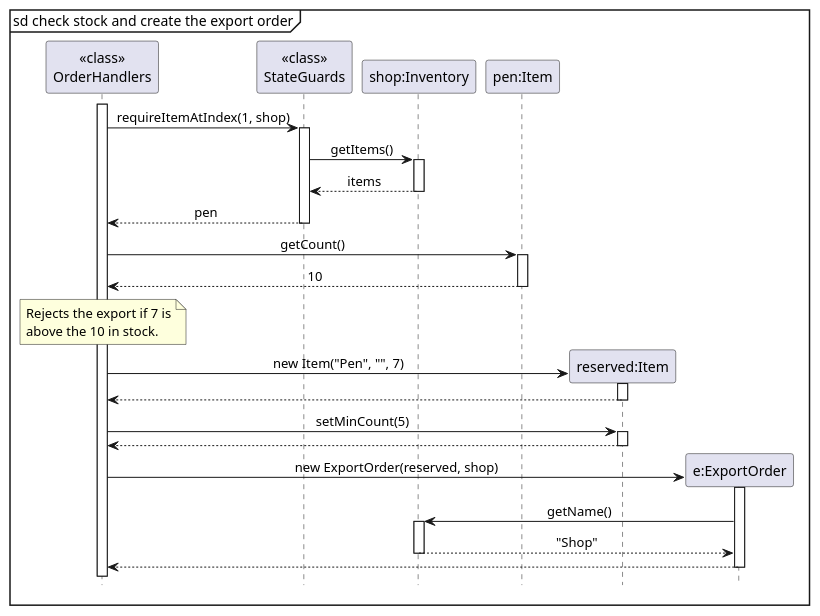
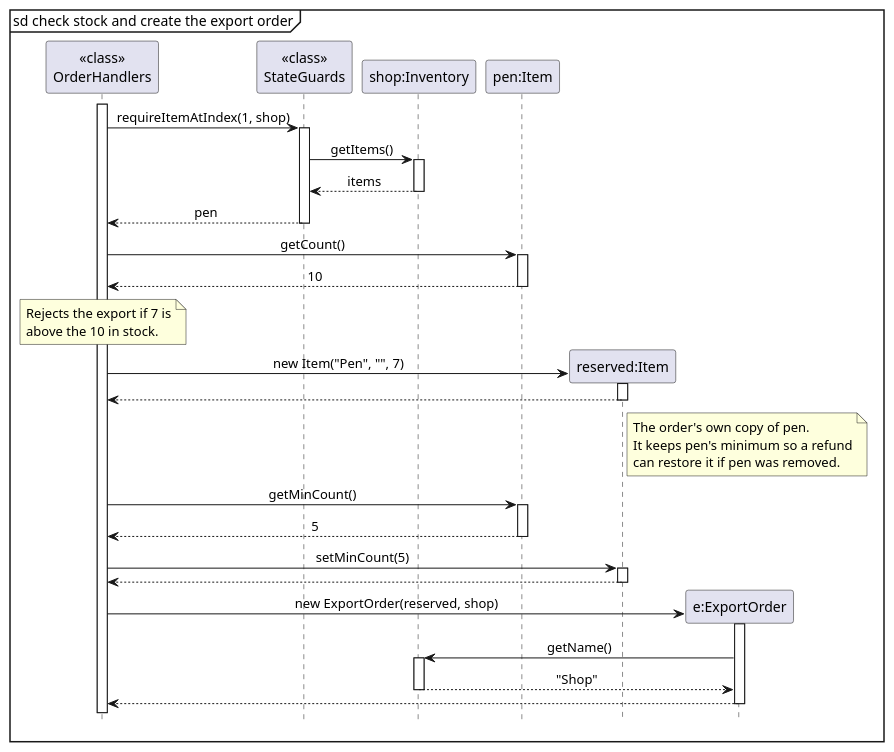
One commit to AY2627S1-CS2113-W14-4/tp changed the diagram in docs/diagrams/ExportReserveSequence.puml. Above: the diagram before and after it, drawn with PlantUML. The commit also changed 1 other file, not shown here.

Commit message:
Show where the reserved item's minimum comes from

```diff
--- a/docs/diagrams/ExportReserveSequence.puml
+++ b/docs/diagrams/ExportReserveSequence.puml
@@ -1,49 +1,58 @@
 @startuml
 hide footbox
 skinparam sequenceMessageAlign center
 mainframe sd check stock and create the export order
 
 participant "<<class>>\nOrderHandlers" as Handlers
 participant "<<class>>\nStateGuards" as Guards
 participant "shop:Inventory" as Inventory
 participant "pen:Item" as Item
 
 activate Handlers
 Handlers -> Guards : requireItemAtIndex(1, shop)
 activate Guards
 Guards -> Inventory : getItems()
 activate Inventory
 Inventory --> Guards : items
 deactivate Inventory
 Guards --> Handlers : pen
 deactivate Guards
 
 Handlers -> Item : getCount()
 activate Item
 Item --> Handlers : 10
 deactivate Item
 note over Handlers
     Rejects the export if 7 is
     above the 10 in stock.
 end note
 
 create participant "reserved:Item" as Reserved
 Handlers -> Reserved : new Item("Pen", "", 7)
 activate Reserved
 Reserved --> Handlers
 deactivate Reserved
+note right of Reserved
+    The order's own copy of pen.
+    It keeps pen's minimum so a refund
+    can restore it if pen was removed.
+end note
+Handlers -> Item : getMinCount()
+activate Item
+Item --> Handlers : 5
+deactivate Item
 Handlers -> Reserved : setMinCount(5)
 activate Reserved
 Reserved --> Handlers
 deactivate Reserved
 
 create participant "e:ExportOrder" as Order
 Handlers -> Order : new ExportOrder(reserved, shop)
 activate Order
 Order -> Inventory : getName()
 activate Inventory
 Inventory --> Order : "Shop"
 deactivate Inventory
 Order --> Handlers
 deactivate Order
 @enduml
```
